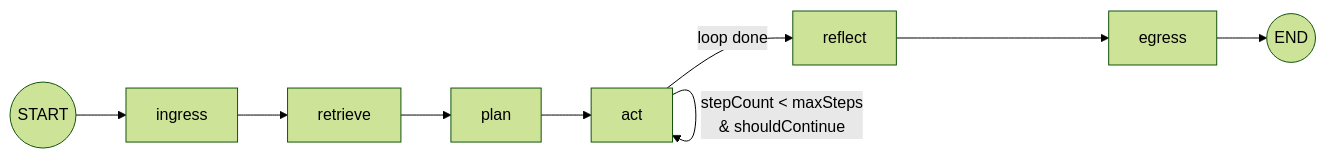
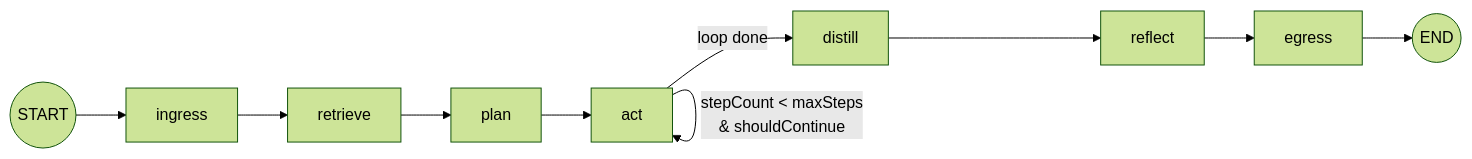
One commit to maxathy/agent-native-monorepo changed the second of 3 diagrams in README.md. Above: the diagram before and after it, drawn with Mermaid (forest theme). The commit also changed other lines of this file and 7 other files, not shown here.

````diff
--- a/README.md
+++ b/README.md
@@ -38,11 +38,12 @@
 ```mermaid
 graph LR
     S((START)) --> ingress
     ingress --> retrieve
     retrieve --> plan
     plan --> act
     act -->|"stepCount < maxSteps<br/>& shouldContinue"| act
-    act -->|"loop done"| reflect
+    act -->|"loop done"| distill
+    distill --> reflect
     reflect --> egress
     egress --> E((END))
 ```
````
